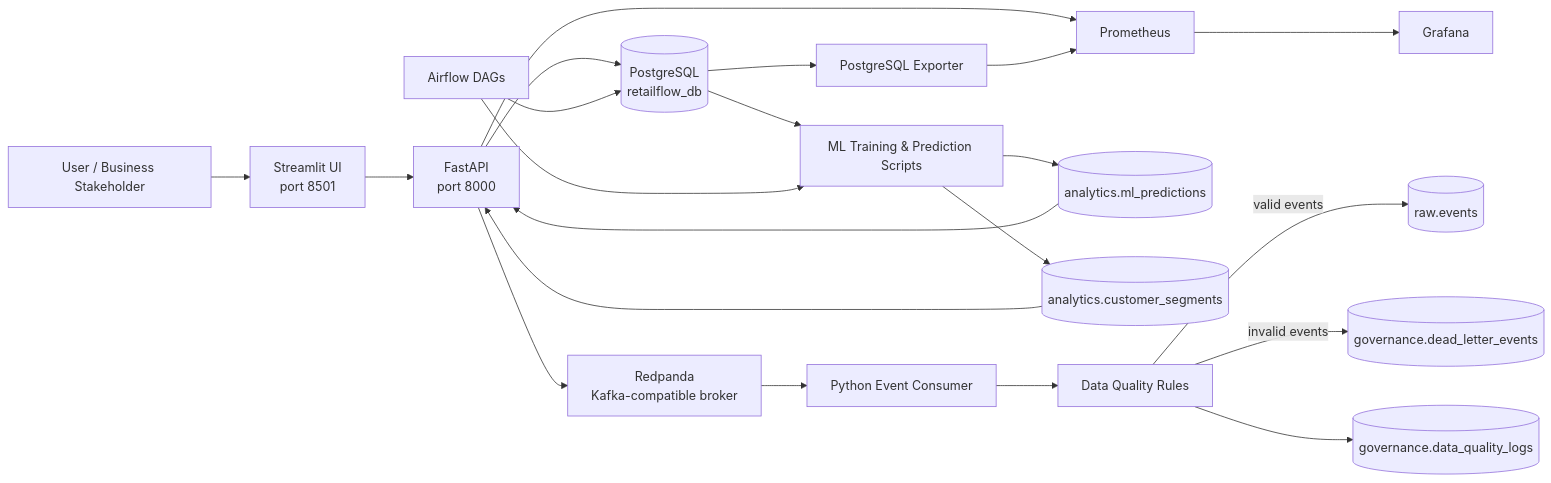
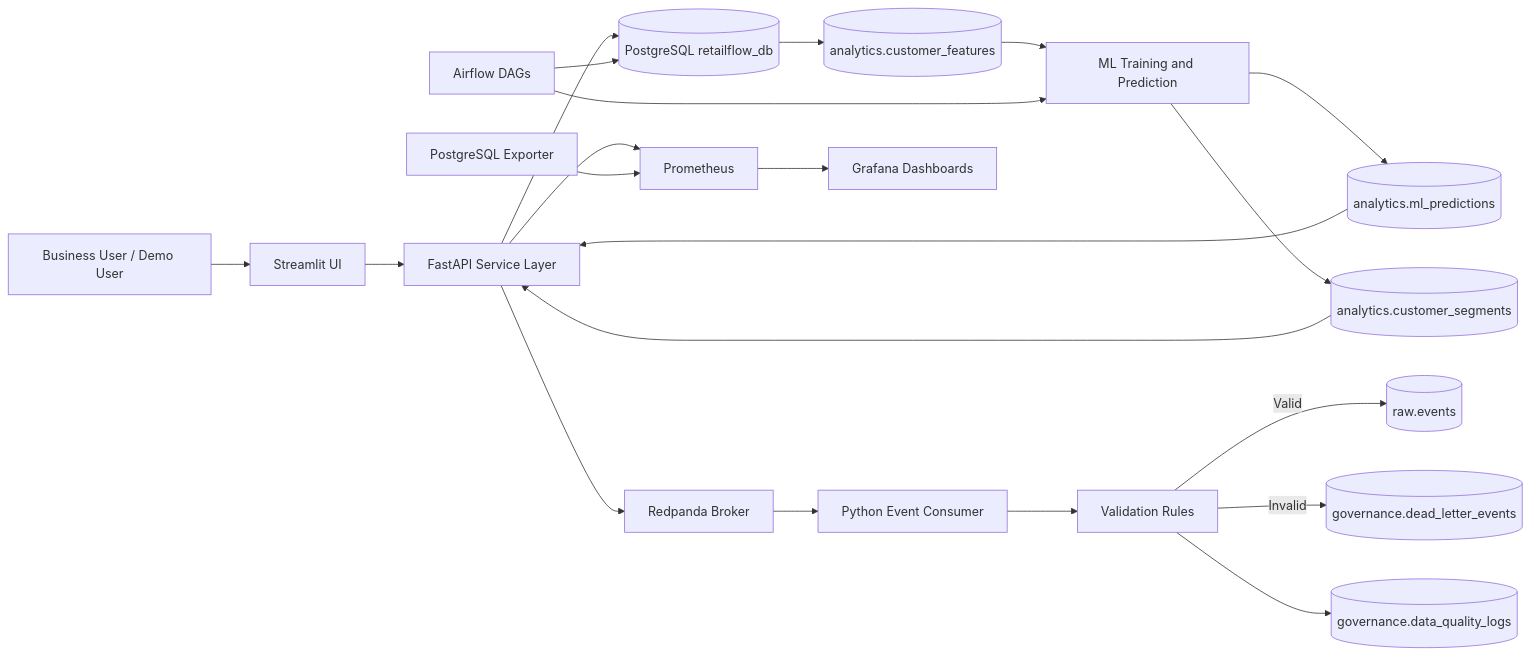
One commit to HugoB-AS/retailflow-platform changed the first of 2 diagrams in README.md. Above: the diagram before and after it, drawn with Mermaid. The commit also changed other lines of this file and 23 other files, not shown here.

````diff
--- a/README.md
+++ b/README.md
@@ -343,23 +245,23 @@
 ```mermaid
 flowchart LR
-    User[User / Business Stakeholder] --> Streamlit[Streamlit UI<br/>port 8501]
-    Streamlit --> FastAPI[FastAPI<br/>port 8000]
-    FastAPI --> Postgres[(PostgreSQL<br/>retailflow_db)]
-    FastAPI --> Redpanda[Redpanda<br/>Kafka-compatible broker]
+    User[Business User / Demo User] --> Streamlit[Streamlit UI]
+    Streamlit --> FastAPI[FastAPI Service Layer]
+    FastAPI --> Postgres[(PostgreSQL retailflow_db)]
+    FastAPI --> Redpanda[Redpanda Broker]
     Redpanda --> Consumer[Python Event Consumer]
-    Consumer --> Validation[Data Quality Rules]
-    Validation -->|valid events| RawEvents[(raw.events)]
-    Validation -->|invalid events| DeadLetters[(governance.dead_letter_events)]
+    Consumer --> Validation[Validation Rules]
+    Validation -->|Valid| RawEvents[(raw.events)]
+    Validation -->|Invalid| DeadLetters[(governance.dead_letter_events)]
     Validation --> QualityLogs[(governance.data_quality_logs)]
-    Postgres --> ML[ML Training & Prediction Scripts]
+    Postgres --> Features[(analytics.customer_features)]
+    Features --> ML[ML Training and Prediction]
     ML --> Predictions[(analytics.ml_predictions)]
     ML --> Segments[(analytics.customer_segments)]
     Predictions --> FastAPI
     Segments --> FastAPI
     FastAPI --> Prometheus[Prometheus]
-    Postgres --> PostgresExporter[PostgreSQL Exporter]
-    PostgresExporter --> Prometheus
-    Prometheus --> Grafana[Grafana]
+    PostgresExporter[PostgreSQL Exporter] --> Prometheus
+    Prometheus --> Grafana[Grafana Dashboards]
     Airflow[Airflow DAGs] --> Postgres
     Airflow --> ML
 ```
````
